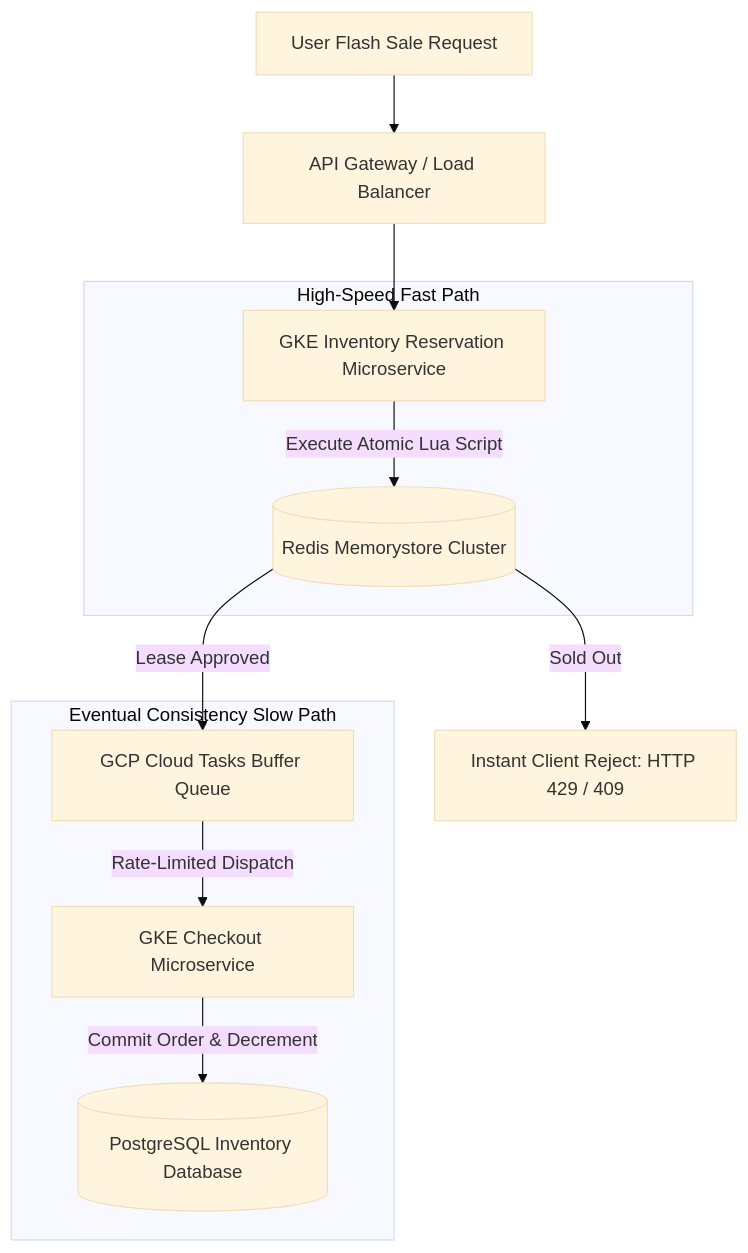
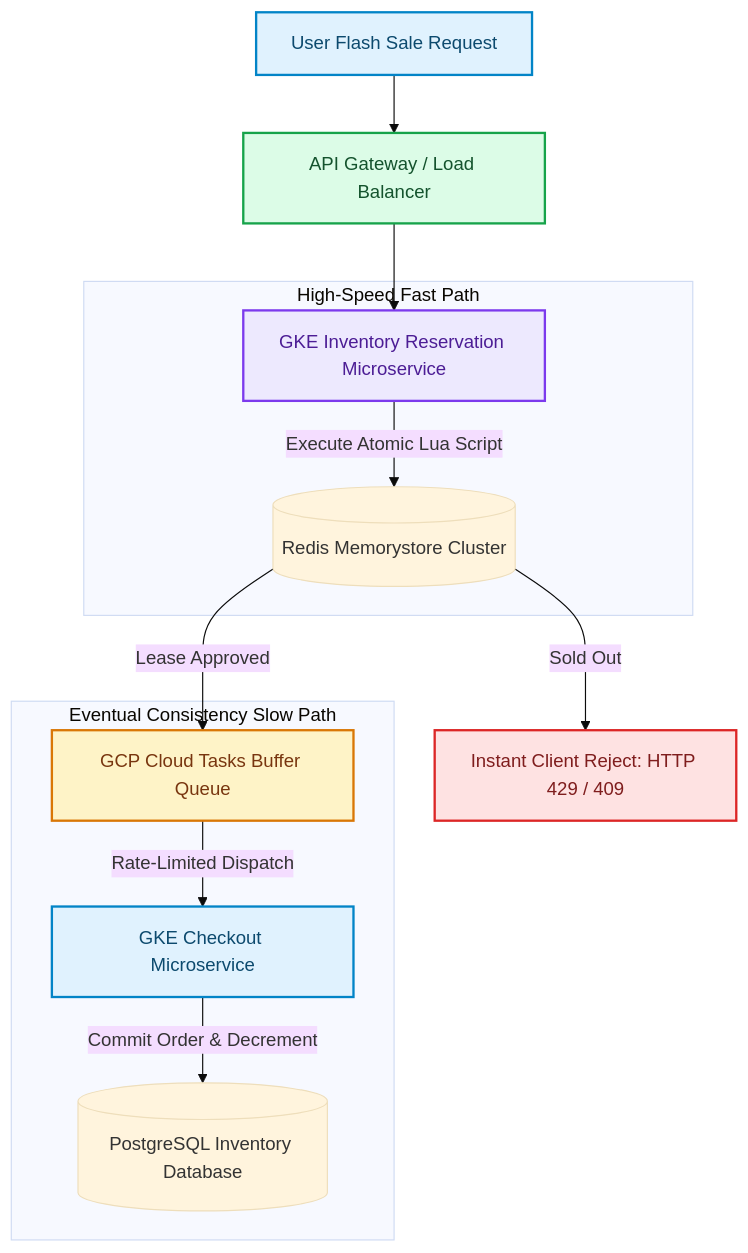
The diagram in blog/posts/case-study-ecommerce-flash-sale-inventory-reservation-engine.md (akmalkhaniub/akmalkhaniub.github.io), drawn with Mermaid (base theme) before and after one commit. The commit also changed other lines of this file and 1291 other files, not shown here.

First line of the commit message:
feat(catalog): unique covers, scholarly references, and diagram palettes

````diff
--- a/blog/posts/case-study-ecommerce-flash-sale-inventory-reservation-engine.md
+++ b/blog/posts/case-study-ecommerce-flash-sale-inventory-reservation-engine.md
@@ -38,17 +38,28 @@
 ```mermaid
 flowchart TD
-  A[User Flash Sale Request] --> B[API Gateway / Load Balancer]
-  B --> C[GKE Inventory Reservation Microservice]
+  A["User Flash Sale Request"] --> B["API Gateway / Load Balancer"]
+  B --> C["GKE Inventory Reservation Microservice"]
   
   subgraph SG1_HighSpeedFast ["High-Speed Fast Path"]
     C -->|Execute Atomic Lua Script| D[(Redis Memorystore Cluster)]
   end
   
-  D -->|Lease Approved| E[GCP Cloud Tasks Buffer Queue]
-  D -->|Sold Out| F[Instant Client Reject: HTTP 429 / 409]
+  D -->|Lease Approved| E["GCP Cloud Tasks Buffer Queue"]
+  D -->|Sold Out| F["Instant Client Reject: HTTP 429 / 409"]
   
   subgraph SG2_EventualConsistencySlow ["Eventual Consistency Slow Path"]
-    E -->|Rate-Limited Dispatch| G[GKE Checkout Microservice]
+    E -->|Rate-Limited Dispatch| G["GKE Checkout Microservice"]
     G -->|Commit Order & Decrement| H[(PostgreSQL Inventory Database)]
   end
+
+classDef green fill:#dcfce7,stroke:#16a34a,stroke-width:2px,color:#14532d;
+classDef red fill:#fee2e2,stroke:#dc2626,stroke-width:2px,color:#7f1d1d;
+classDef blue fill:#e0f2fe,stroke:#0284c7,stroke-width:2px,color:#0c4a6e;
+classDef yellow fill:#fef3c7,stroke:#d97706,stroke-width:2px,color:#78350f;
+classDef purple fill:#ede9fe,stroke:#7c3aed,stroke-width:2px,color:#4c1d95;
+class A,G blue
+class B green
+class C purple
+class E yellow
+class F red
 ```
````
